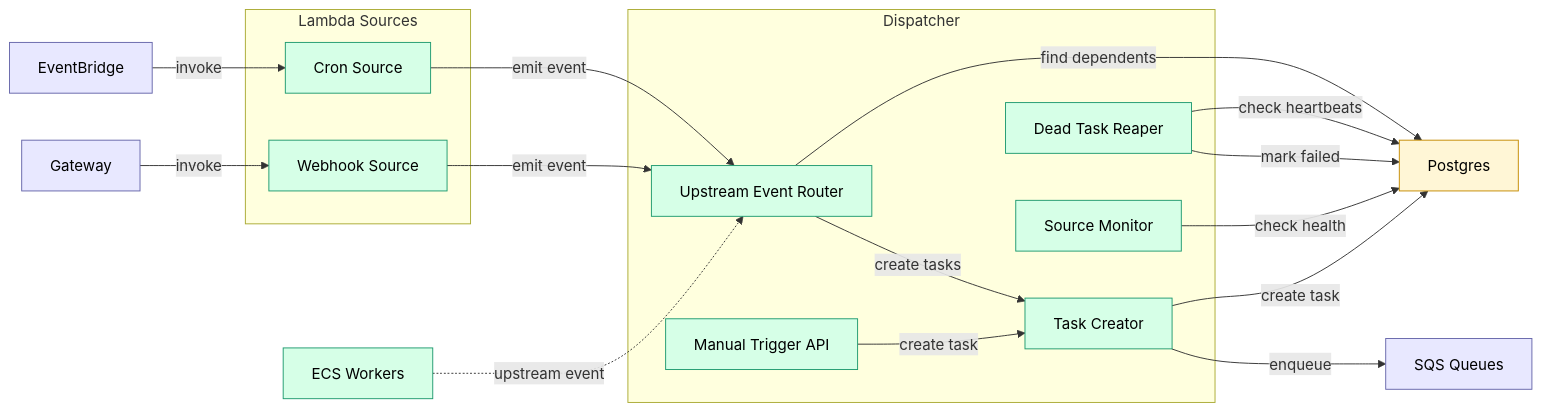
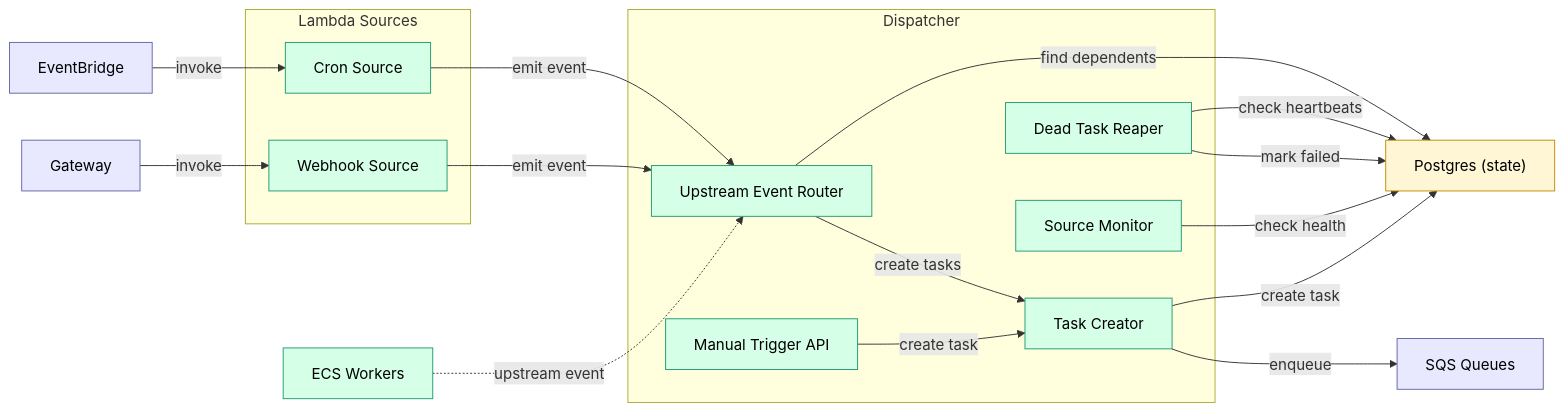
The fourth of 10 diagrams in docs/architecture/overview.md (c7121/trace), drawn with Mermaid before and after one commit. The commit also changed other lines of this file and 12 other files, not shown here.

````diff
--- a/docs/architecture/overview.md
+++ b/docs/architecture/overview.md
@@ -212,42 +193,42 @@
 ```mermaid
 flowchart LR
     subgraph Sources["Lambda Sources"]
         cronSrc["Cron Source"]:::component
         webhookSrc["Webhook Source"]:::component
     end
 
     subgraph Dispatch["Dispatcher"]
         taskCreate["Task Creator"]:::component
         eventRouter["Upstream Event Router"]:::component
         reaper["Dead Task Reaper"]:::component
         sourceMon["Source Monitor"]:::component
         manualApi["Manual Trigger API"]:::component
     end
 
     eventbridge["EventBridge"]:::infra
     gateway["Gateway"]:::infra
     sqs["SQS Queues"]:::infra
-    postgres["Postgres"]:::database
+    postgres_state["Postgres (state)"]:::database
     workers["ECS Workers"]:::component
 
     eventbridge -->|invoke| cronSrc
     gateway -->|invoke| webhookSrc
     
     cronSrc -->|emit event| eventRouter
     webhookSrc -->|emit event| eventRouter
     manualApi -->|create task| taskCreate
     
     workers -.->|upstream event| eventRouter
-    eventRouter -->|find dependents| postgres
+    eventRouter -->|find dependents| postgres_state
     eventRouter -->|create tasks| taskCreate
     
-    taskCreate -->|create task| postgres
+    taskCreate -->|create task| postgres_state
     taskCreate -->|enqueue| sqs
-    reaper -->|check heartbeats| postgres
-    reaper -->|mark failed| postgres
-    sourceMon -->|check health| postgres
+    reaper -->|check heartbeats| postgres_state
+    reaper -->|mark failed| postgres_state
+    sourceMon -->|check health| postgres_state
 
     classDef component fill:#d6ffe7,stroke:#1f9a6f,color:#000;
     classDef infra fill:#e8e8ff,stroke:#6666aa,color:#000;
     classDef database fill:#fff6d6,stroke:#c58b00,color:#000;
 ```
````
